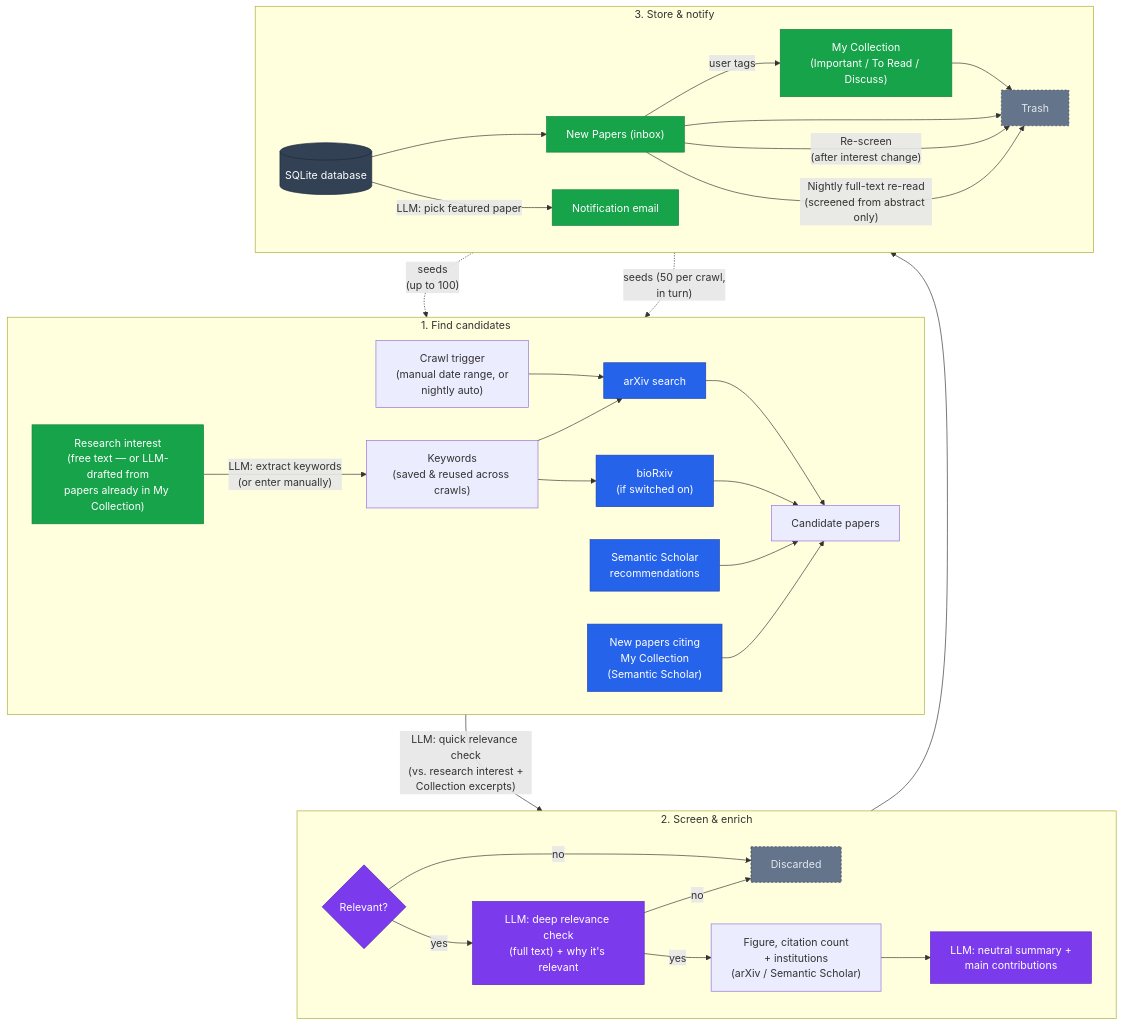
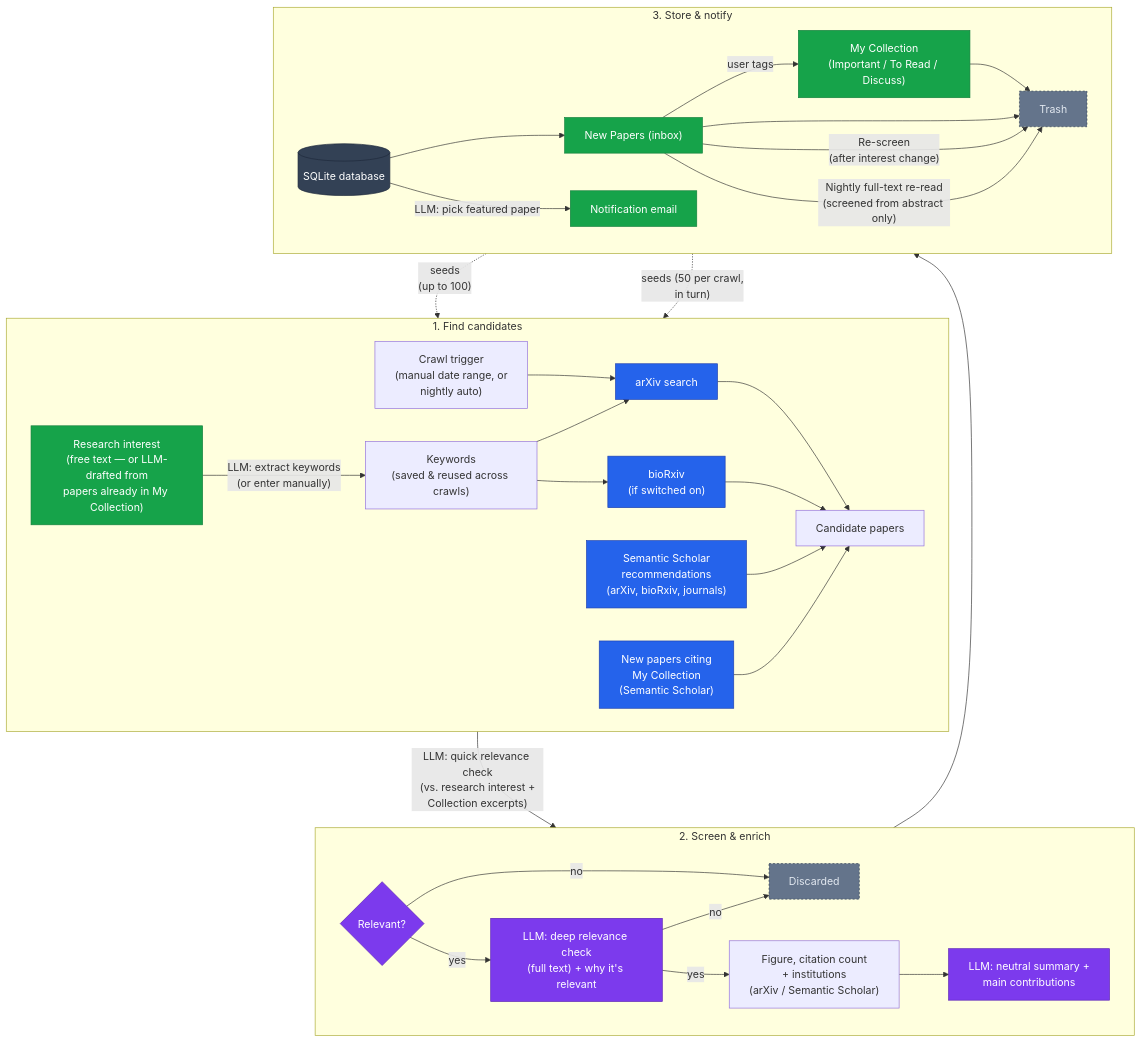
Before and after one commit to MassEast/paper-agent: the diagram in README.md, drawn with Mermaid. The commit also changed 8 other files, not shown here.

````diff
--- a/README.md
+++ b/README.md
@@ -26,50 +26,50 @@
 ```mermaid
 flowchart TD
     subgraph Phase1["1. Find candidates"]
         direction LR
         RI["Research interest<br/>(free text — or LLM-drafted from<br/>papers already in My Collection)"] -->|"LLM: extract keywords<br/>(or enter manually)"| KW["Keywords<br/>(saved & reused across crawls)"]
         SCHED["Crawl trigger<br/>(manual date range, or<br/>nightly auto)"] --> ARX["arXiv search"]
         KW --> ARX
         KW --> BIO["bioRxiv<br/>(if switched on)"]
         ARX --> CAND["Candidate papers"]
         BIO --> CAND
-        SS["Semantic Scholar<br/>recommendations"] --> CAND
+        SS["Semantic Scholar<br/>recommendations<br/>(arXiv, bioRxiv, journals)"] --> CAND
         CITE["New papers citing<br/>My Collection<br/>(Semantic Scholar)"] --> CAND
     end
 
     subgraph Phase2["2. Screen & enrich"]
         direction LR
         Q{Relevant?} -- yes --> DEEP["LLM: deep relevance check<br/>(full text) + why it's relevant"]
         Q -- no --> DROP["Discarded"]
         DEEP -- no --> DROP
         DEEP -- yes --> FIG["Figure, citation count<br/>+ institutions<br/>(arXiv / Semantic Scholar)"]
         FIG --> SUM["LLM: neutral summary +<br/>main contributions"]
     end
 
     subgraph Phase3["3. Store & notify"]
         direction LR
         DB[("SQLite database")] --> NEW["New Papers (inbox)"]
         NEW -->|"user tags"| COLL["My Collection<br/>(Important / To Read / Discuss)"]
         COLL --> TRASH["Trash"]
         NEW --> TRASH
         NEW -->|"Re-screen<br/>(after interest change)"| TRASH
         NEW -->|"Nightly full-text re-read<br/>(screened from abstract only)"| TRASH
         DB -->|"LLM: pick featured paper"| MAIL["Notification email"]
     end
 
     CAND -->|"LLM: quick relevance check<br/>(vs. research interest +<br/>Collection excerpts)"| Q
     SUM --> DB
     COLL -.->|"seeds<br/>(up to 100)"| SS
     COLL -.->|"seeds (50 per crawl,<br/>in turn)"| CITE
 
     classDef external fill:#2563eb,color:#fff,stroke:#1e40af,stroke-width:1px
     classDef llm fill:#7c3aed,color:#fff,stroke:#5b21b6,stroke-width:1px
     classDef store fill:#334155,color:#fff,stroke:#1e293b,stroke-width:1px
     classDef endpoint fill:#16a34a,color:#fff,stroke:#15803d,stroke-width:1px
     classDef dropped fill:#64748b,color:#e2e8f0,stroke:#334155,stroke-width:1px,stroke-dasharray:3 3
     class ARX,BIO,SS,CITE external
     class Q,DEEP,SUM llm
     class DB store
     class RI,NEW,COLL,MAIL endpoint
     class DROP,TRASH dropped
 ```
````
